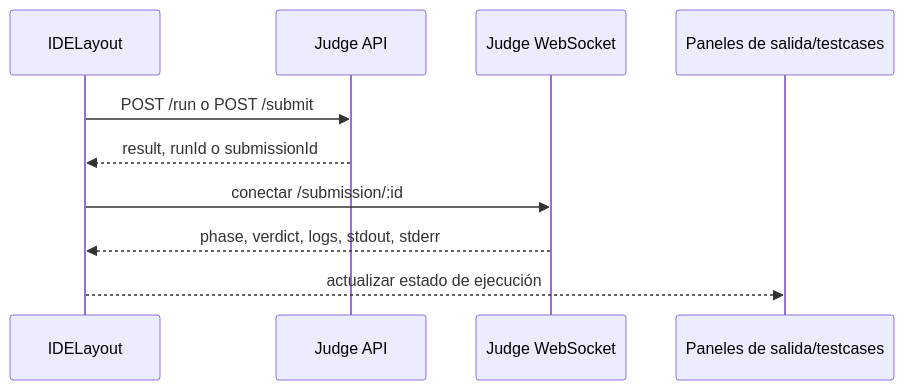
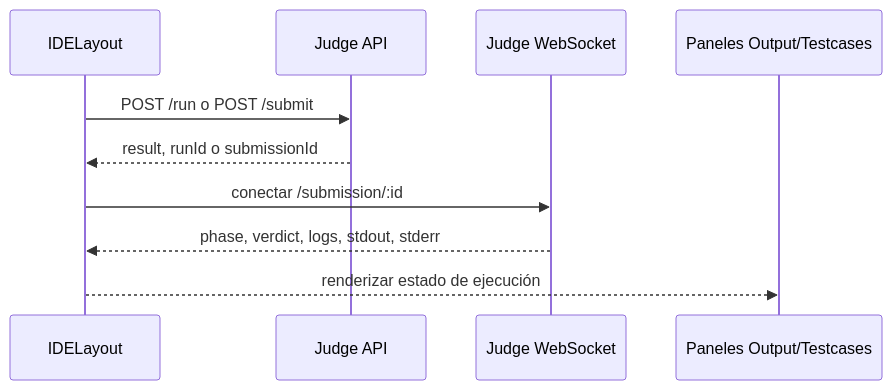
One commit to samuelloza/vibe-ide changed the third of 3 diagrams in README.es.md. Above: the diagram before and after it, drawn with Mermaid. The commit also changed other lines of this file and 1 other file, not shown here.

````diff
--- a/README.es.md
+++ b/README.es.md
@@ -86,13 +89,13 @@
 ```mermaid
 sequenceDiagram
   participant UI as IDELayout
   participant API as Judge API
   participant WS as Judge WebSocket
-  participant Panels as Paneles de salida/testcases
+  participant Panels as Paneles Output/Testcases
 
   UI->>API: POST /run o POST /submit
   API-->>UI: result, runId o submissionId
   UI->>WS: conectar /submission/:id
   WS-->>UI: phase, verdict, logs, stdout, stderr
-  UI-->>Panels: actualizar estado de ejecución
+  UI-->>Panels: renderizar estado de ejecución
 ```
````
